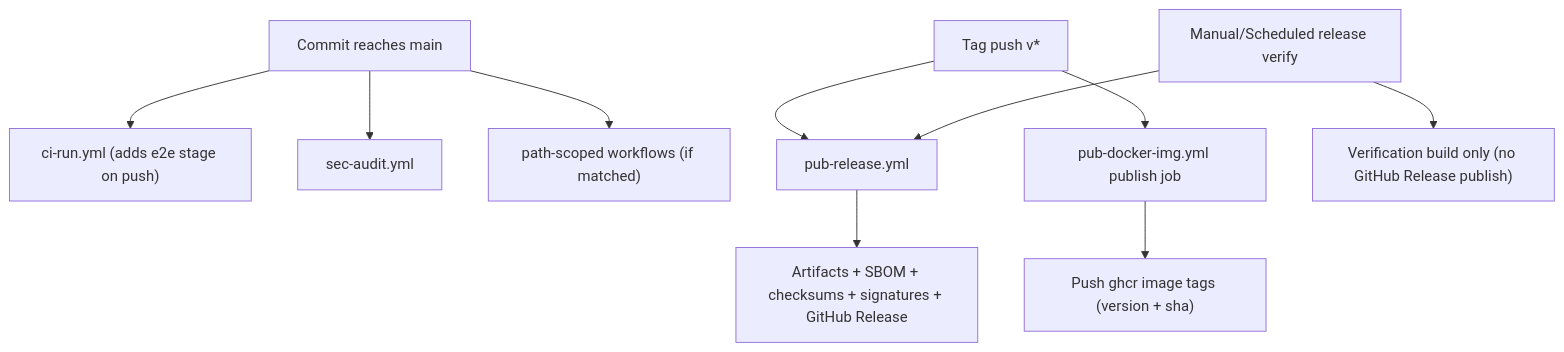
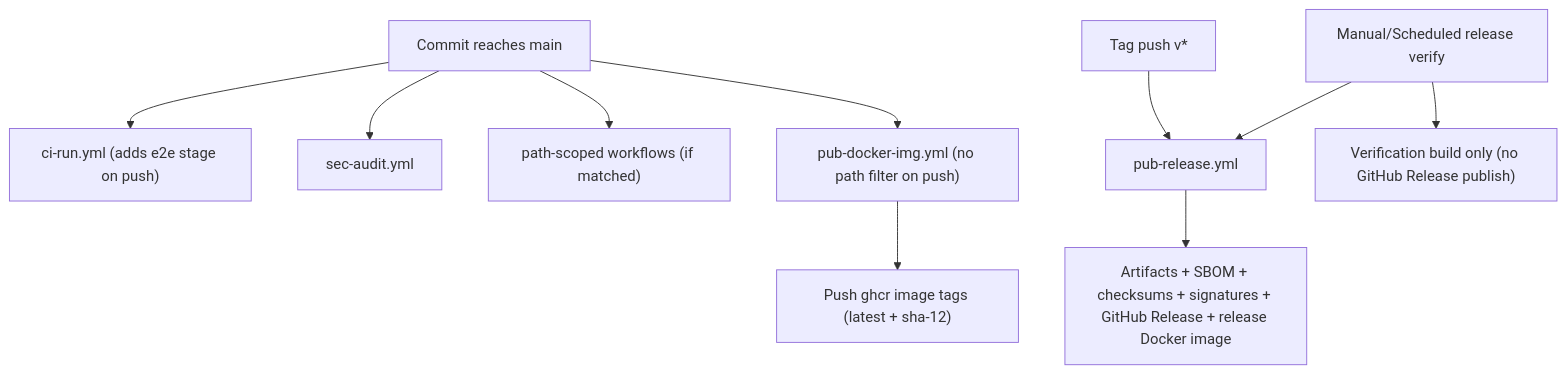
Before and after one commit to RantAI-dev/RantAIClaw: the second of 2 diagrams in .github/workflows/main-branch-flow.md, drawn with Mermaid. The commit also changed other lines of this file and 4 other files, not shown here.

````diff
--- a/.github/workflows/main-branch-flow.md
+++ b/.github/workflows/main-branch-flow.md
@@ -121,12 +122,12 @@
 ```mermaid
 flowchart TD
   A["Commit reaches main"] --> B["ci-run.yml (adds e2e stage on push)"]
   A --> C["sec-audit.yml"]
   A --> D["path-scoped workflows (if matched)"]
+  A --> E["pub-docker-img.yml (no path filter on push)"]
   T["Tag push v*"] --> R["pub-release.yml"]
   W["Manual/Scheduled release verify"] --> R
-  T --> P["pub-docker-img.yml publish job"]
-  R --> R1["Artifacts + SBOM + checksums + signatures + GitHub Release"]
+  R --> R1["Artifacts + SBOM + checksums + signatures + GitHub Release + release Docker image"]
   W --> R2["Verification build only (no GitHub Release publish)"]
-  P --> P1["Push ghcr image tags (version + sha)"]
+  E --> E1["Push ghcr image tags (latest + sha-12)"]
 ```
````
